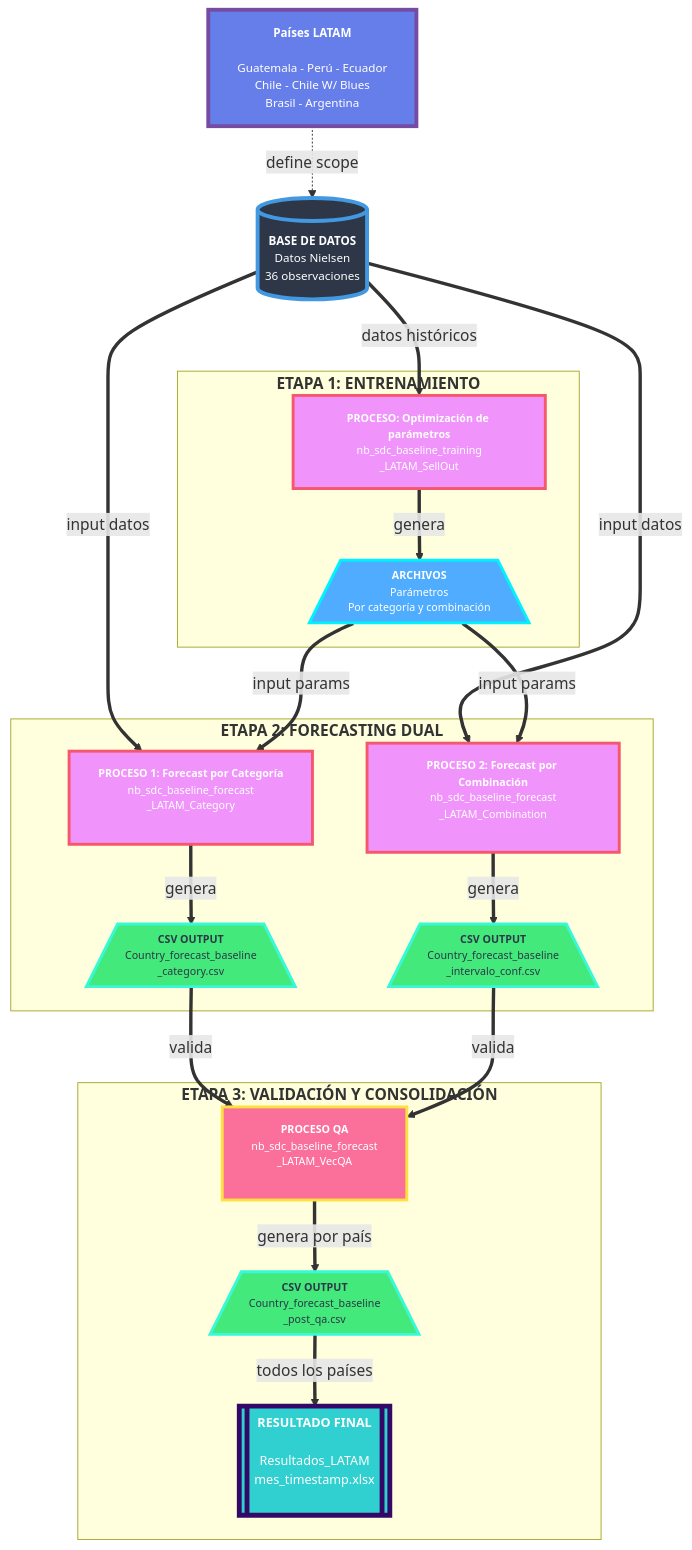
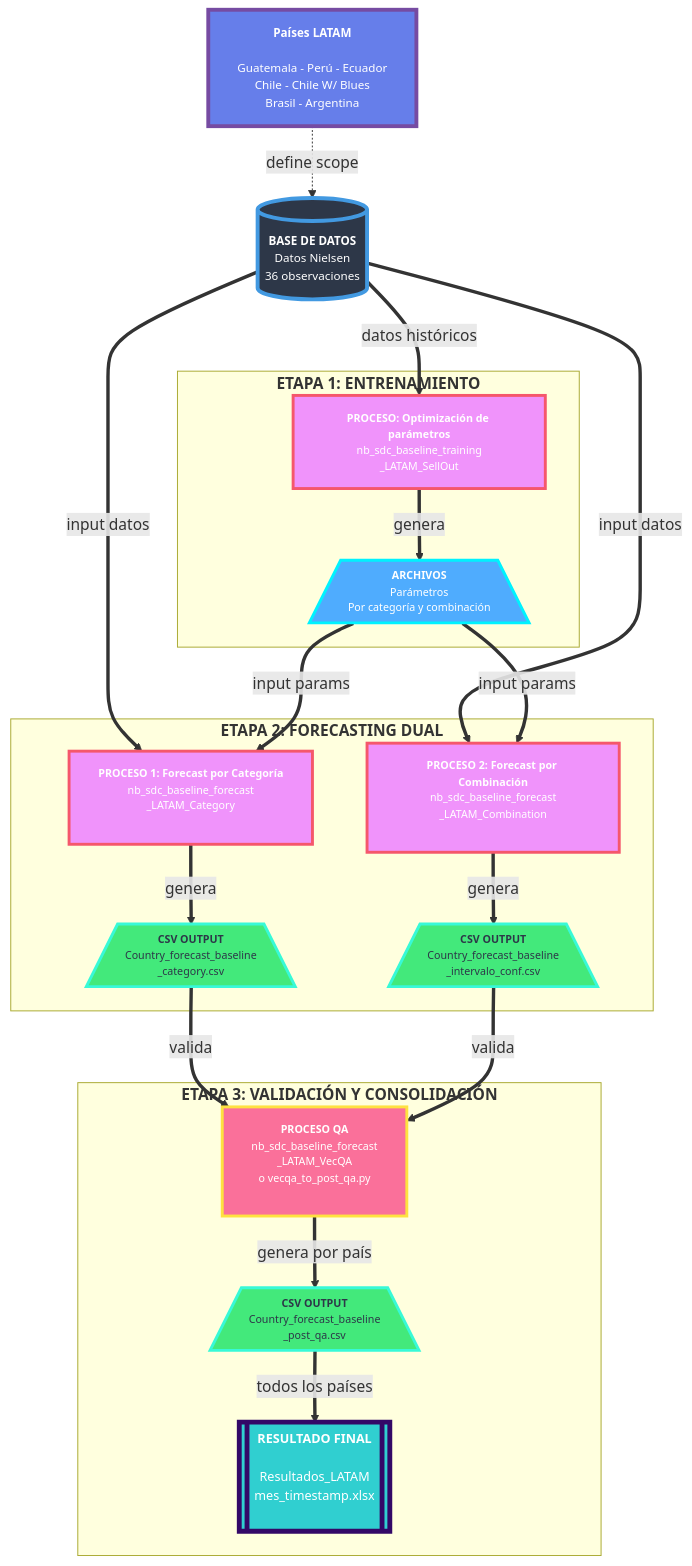
Before and after one commit to pbarrancoarena/SOV-LATAM: the diagram in documentation/Inputs y outputs LATAM.md, drawn with Mermaid. The commit also changed other lines of this file and 10 other files, not shown here.

Commit message:
feat(vecqa): add post-QA CLI, tests, docs, and setup improvements

````diff
--- a/documentation/Inputs y outputs LATAM.md
+++ b/documentation/Inputs y outputs LATAM.md
@@ -13,69 +13,69 @@
 ```mermaid
 graph TB
     %% Datos de entrada
     PAISES[<b>Países LATAM</b><br/><br/>Guatemala - Perú - Ecuador<br/>Chile - Chile W/ Blues<br/>Brasil - Argentina]
   
     NIELSEN[(<b>BASE DE DATOS</b><br/>Datos Nielsen<br/>36 observaciones)]
   
     %% Etapa 1: Entrenamiento
     subgraph STAGE1[<b>ETAPA 1: ENTRENAMIENTO</b>]
         TRAINING[<b>PROCESO: Optimización de parámetros</b><br/>nb_sdc_baseline_training<br/>_LATAM_SellOut<br/>]
         PARAMS[/<b>ARCHIVOS</b><br/>Parámetros<br/>Por categoría y combinación\]
     end
   
     %% Etapa 2: Forecasting
     subgraph STAGE2[<b>ETAPA 2: FORECASTING DUAL</b>]
         FORECAST_CAT[<b>PROCESO 1: Forecast por Categoría</b><br/>nb_sdc_baseline_forecast<br/>_LATAM_Category<br/><br/>]
         OUTPUT_CAT[/<b>CSV OUTPUT</b><br/>Country_forecast_baseline<br/>_category.csv\]
       
         FORECAST_COMB[<b>PROCESO 2: Forecast por Combinación</b><br/>nb_sdc_baseline_forecast<br/>_LATAM_Combination<br/><br/>]
         OUTPUT_COMB[/<b>CSV OUTPUT</b><br/>Country_forecast_baseline<br/>_intervalo_conf.csv\]
     end
   
     %% Etapa 3: Validación
     subgraph STAGE3[<b>ETAPA 3: VALIDACIÓN Y CONSOLIDACIÓN</b>]
-        QA_PROCESS[<b>PROCESO QA</b><br/>nb_sdc_baseline_forecast<br/>_LATAM_VecQA<br/><br/>]
+        QA_PROCESS[<b>PROCESO QA</b><br/>nb_sdc_baseline_forecast<br/>_LATAM_VecQA<br/>o vecqa_to_post_qa.py<br/><br/>]
         OUTPUT_QA[/<b>CSV OUTPUT</b><br/>Country_forecast_baseline<br/>_post_qa.csv\]
         FINAL[[<b>RESULTADO FINAL</b><br/><br/>Resultados_LATAM<br/>mes_timestamp.xlsx<br/><br/>]]
     end
   
     %% Conexiones principales
     PAISES -.->|define scope| NIELSEN
     NIELSEN ==>|datos históricos| TRAINING
     TRAINING ==>|genera| PARAMS
   
     %% Hacia forecasting - Branch 1
     NIELSEN ==>|input datos| FORECAST_CAT
     PARAMS ==>|input params| FORECAST_CAT
     FORECAST_CAT ==>|genera| OUTPUT_CAT
   
     %% Hacia forecasting - Branch 2
     NIELSEN ==>|input datos| FORECAST_COMB
     PARAMS ==>|input params| FORECAST_COMB
     FORECAST_COMB ==>|genera| OUTPUT_COMB
   
     %% Hacia validación
     OUTPUT_CAT ==>|valida| QA_PROCESS
     OUTPUT_COMB ==>|valida| QA_PROCESS
     QA_PROCESS ==>|genera por país| OUTPUT_QA
   
     %% Consolidación final
     OUTPUT_QA ==>|todos los países| FINAL
   
     %% Estilos mejorados con efecto HTML
     classDef sourceStyle fill:#667eea,stroke:#764ba2,stroke-width:4px,color:#fff,font-size:12px
     classDef dbStyle fill:#2d3748,stroke:#4299e1,stroke-width:4px,color:#fff,font-size:12px
     classDef processStyle fill:#f093fb,stroke:#f5576c,stroke-width:3px,color:#fff,font-size:11px
     classDef paramStyle fill:#4facfe,stroke:#00f2fe,stroke-width:3px,color:#fff,font-size:11px
     classDef outputStyle fill:#43e97b,stroke:#38f9d7,stroke-width:3px,color:#2d3748,font-size:11px
     classDef qaStyle fill:#fa709a,stroke:#fee140,stroke-width:3px,color:#fff,font-size:11px
     classDef finalStyle fill:#30cfd0,stroke:#330867,stroke-width:5px,color:#fff,font-size:13px
   
     class PAISES sourceStyle
     class NIELSEN dbStyle
     class TRAINING,FORECAST_CAT,FORECAST_COMB processStyle
     class PARAMS paramStyle
     class OUTPUT_CAT,OUTPUT_COMB,OUTPUT_QA outputStyle
     class QA_PROCESS qaStyle
     class FINAL finalStyle
 ```
````
